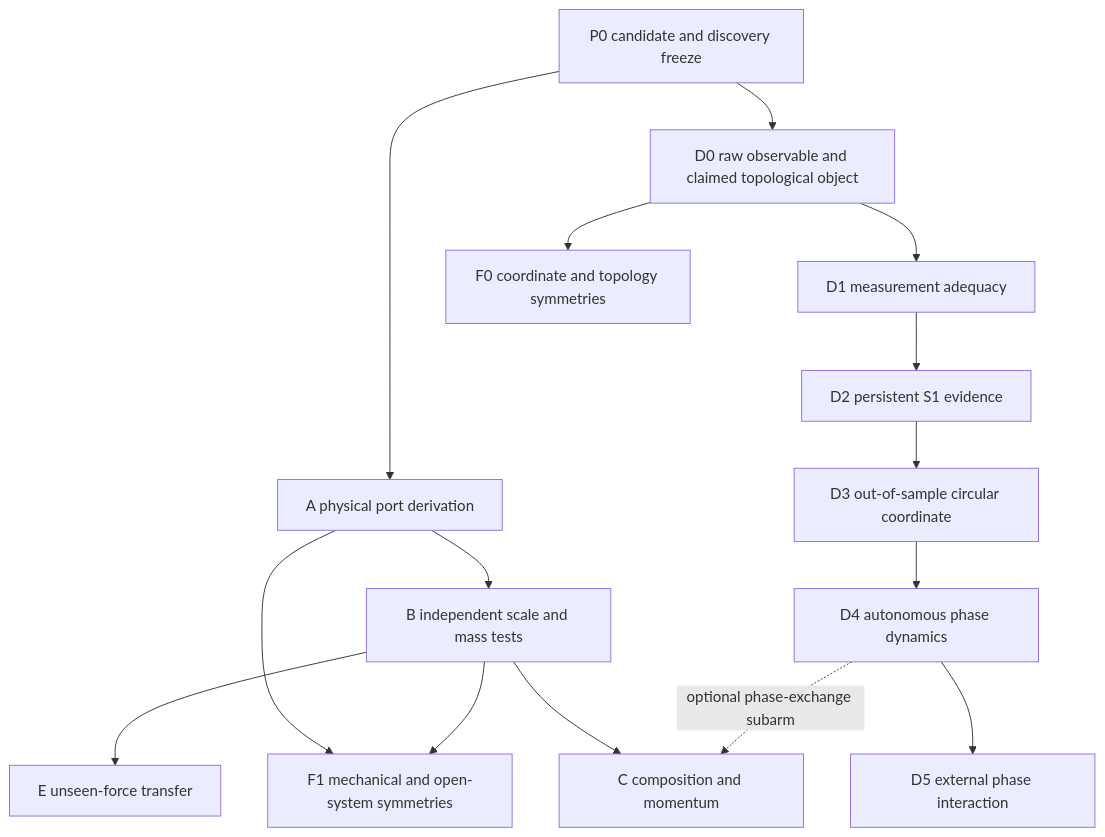
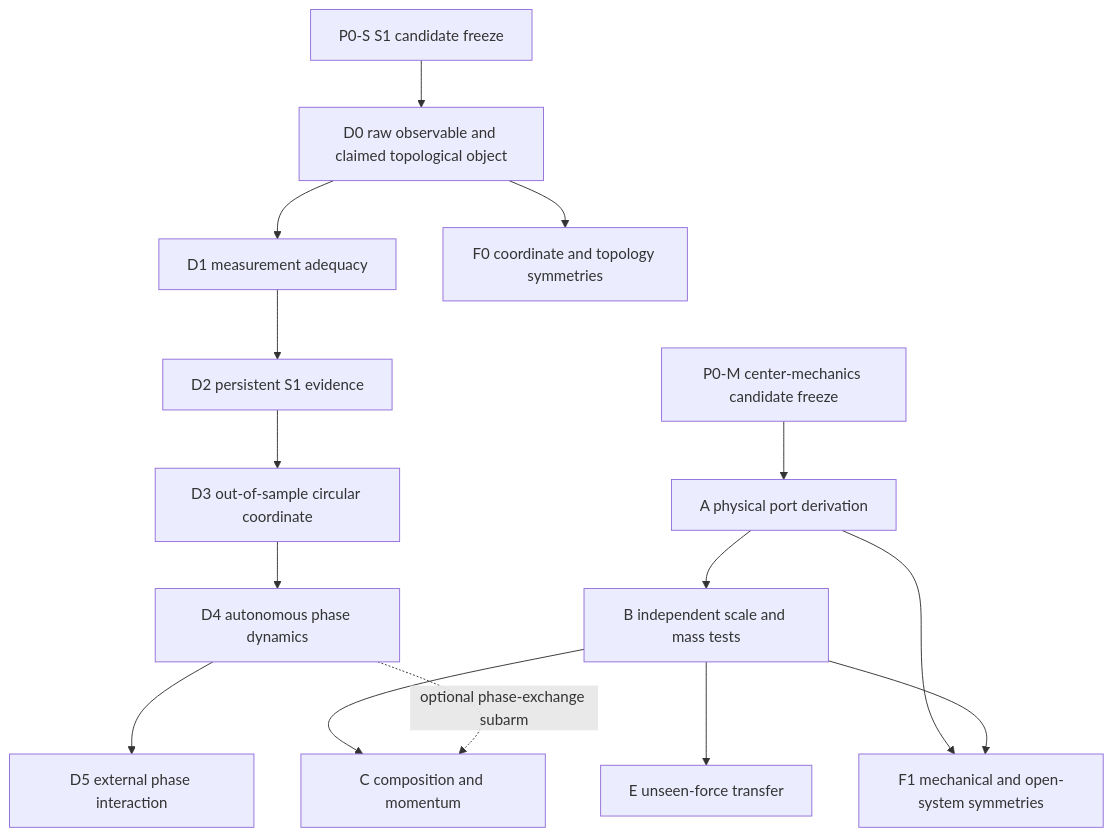
One commit to MemoryDynamics/Knoten changed the diagram in reports/project/decisions/s1_phase_mass_falsification_program_2026-08-16.md. Above: the diagram before and after it, drawn with Mermaid. The commit also changed other lines of this file and 15 other files, not shown here.

Commit message:
Freeze center mechanics candidate and audit physical port

````diff
--- a/reports/project/decisions/s1_phase_mass_falsification_program_2026-08-16.md
+++ b/reports/project/decisions/s1_phase_mass_falsification_program_2026-08-16.md
@@ -40,17 +47,17 @@
 ```mermaid
 flowchart TD
-    P0["P0 candidate and discovery freeze"] --> A["A physical port derivation"]
-    P0 --> D0["D0 raw observable and claimed topological object"]
+    P0M["P0-M center-mechanics candidate freeze"] --> A["A physical port derivation"]
+    P0S["P0-S S1 candidate freeze"] --> D0["D0 raw observable and claimed topological object"]
     D0 --> D1["D1 measurement adequacy"]
     D0 --> F0["F0 coordinate and topology symmetries"]
     D1 --> D2["D2 persistent S1 evidence"]
     D2 --> D3["D3 out-of-sample circular coordinate"]
     D3 --> D4["D4 autonomous phase dynamics"]
     D4 --> D5["D5 external phase interaction"]
     A --> B["B independent scale and mass tests"]
     B --> E["E unseen-force transfer"]
     A --> F1["F1 mechanical and open-system symmetries"]
     B --> F1
     B --> C["C composition and momentum"]
     D4 -. optional phase-exchange subarm .-> C
 ```
````
